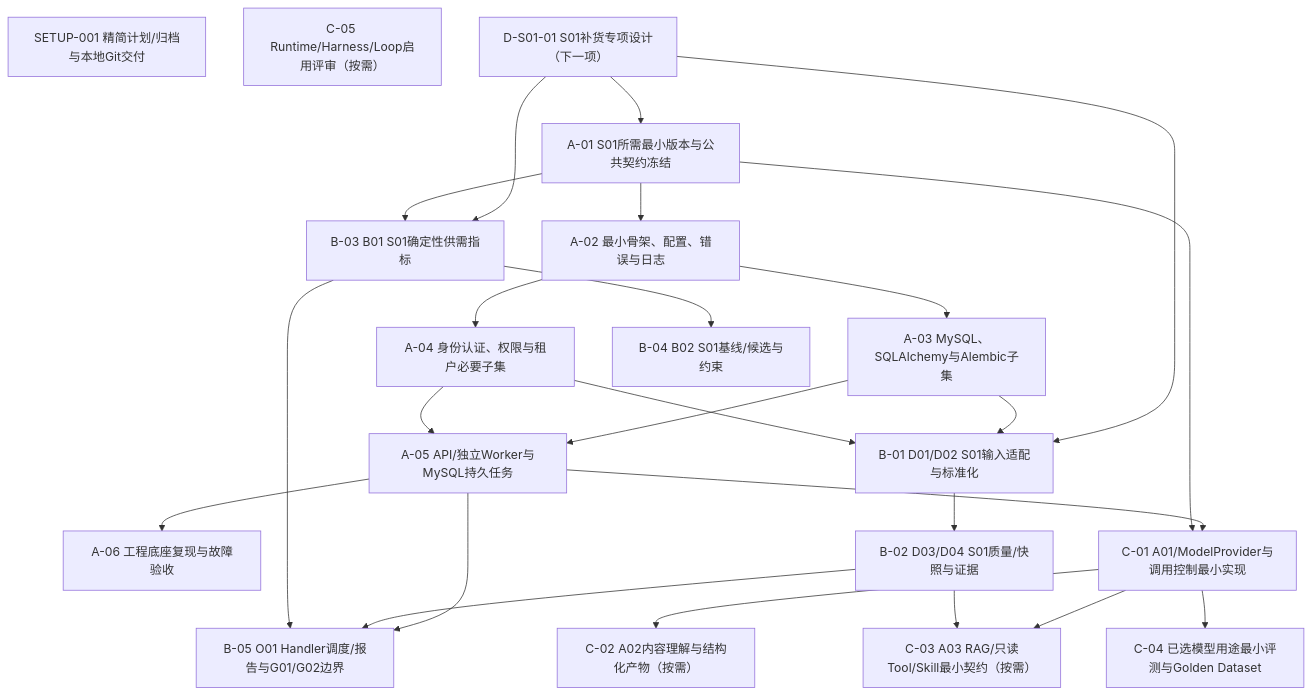
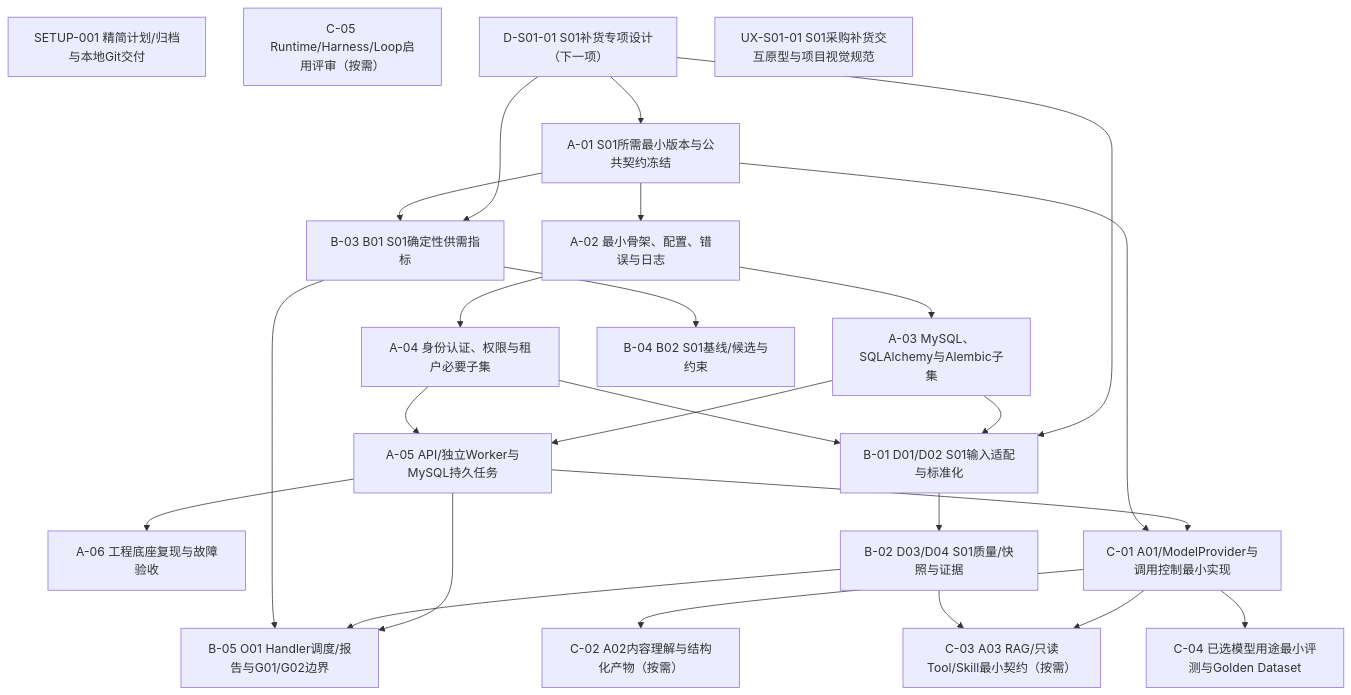
Before and after one commit to yujie-213/cross-border-ecommerce-ai-platform: the diagram in docs/generated/DEPENDENCIES.mmd, drawn with Mermaid. The commit also changed 18 other files, not shown here.

```diff
--- a/docs/generated/DEPENDENCIES.mmd
+++ b/docs/generated/DEPENDENCIES.mmd
@@ -1,43 +1,44 @@
-%% TASKS sourceSha256=aa3f0ab0abfdb4deb9008457cd0e4a5645625f18b9fe06af8429dc2bc0636a8d
+%% TASKS sourceSha256=a1c29bd89e17df89b4cc0d38136d45961613dab08d3cd4fa39a49f2b94f73971
 flowchart TB
   SETUP_001["SETUP-001 精简计划/归档与本地Git交付"]
   A_01["A-01 S01所需最小版本与公共契约冻结"]
   A_02["A-02 最小骨架、配置、错误与日志"]
   A_03["A-03 MySQL、SQLAlchemy与Alembic子集"]
   A_04["A-04 身份认证、权限与租户必要子集"]
   A_05["A-05 API/独立Worker与MySQL持久任务"]
   A_06["A-06 工程底座复现与故障验收"]
   B_01["B-01 D01/D02 S01输入适配与标准化"]
   B_02["B-02 D03/D04 S01质量/快照与证据"]
   B_03["B-03 B01 S01确定性供需指标"]
   B_04["B-04 B02 S01基线/候选与约束"]
   B_05["B-05 O01 Handler调度/报告与G01/G02边界"]
   C_01["C-01 A01/ModelProvider与调用控制最小实现"]
   C_02["C-02 A02内容理解与结构化产物（按需）"]
   C_03["C-03 A03 RAG/只读Tool/Skill最小契约（按需）"]
   C_04["C-04 已选模型用途最小评测与Golden Dataset"]
   C_05["C-05 Runtime/Harness/Loop启用评审（按需）"]
   D_S01_01["D-S01-01 S01补货专项设计（下一项）"]
+  UX_S01_01["UX-S01-01 S01采购补货交互原型与项目视觉规范"]
   D_S01_01 --> A_01
   A_01 --> A_02
   A_02 --> A_03
   A_02 --> A_04
   A_03 --> A_05
   A_04 --> A_05
   A_05 --> A_06
   D_S01_01 --> B_01
   A_03 --> B_01
   A_04 --> B_01
   B_01 --> B_02
   D_S01_01 --> B_03
   A_01 --> B_03
   B_03 --> B_04
   A_05 --> B_05
   B_02 --> B_05
   B_03 --> B_05
   A_05 --> C_01
   A_01 --> C_01
   C_01 --> C_02
   C_01 --> C_03
   B_02 --> C_03
   C_01 --> C_04
```
